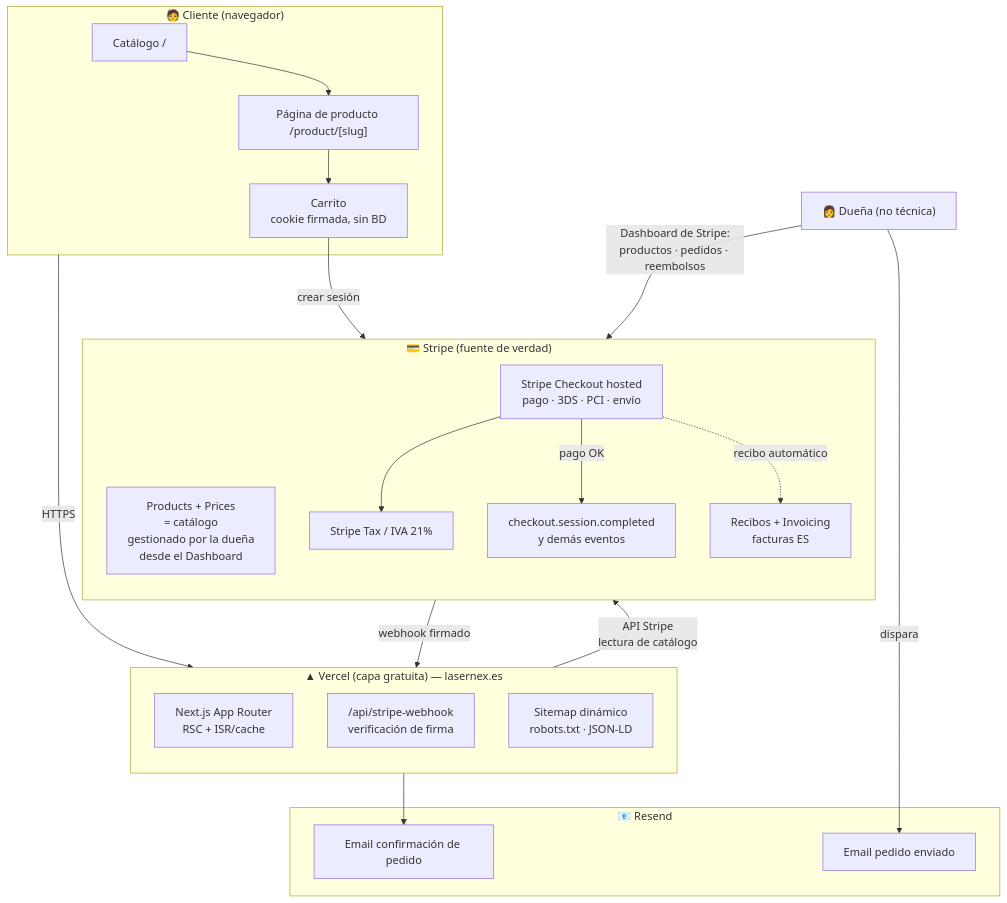
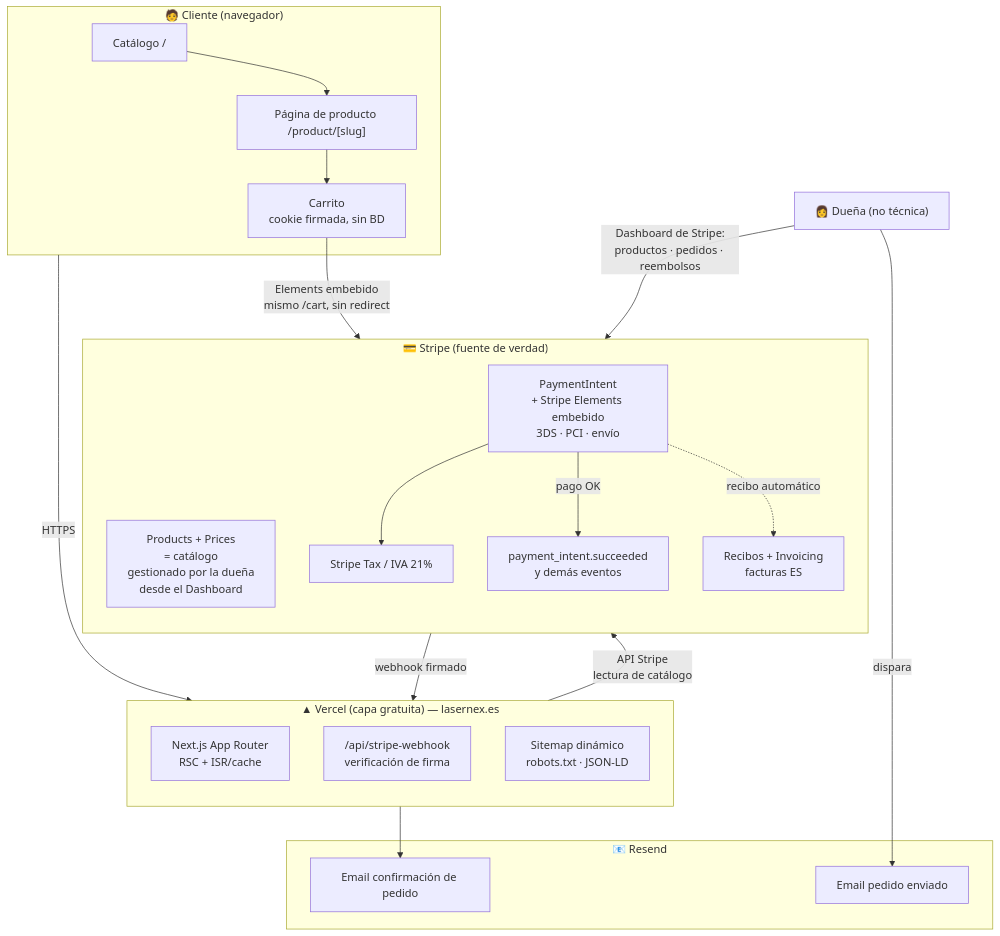
The diagram in ARCHITECTURE.md (d-Alvhor/lasernex), drawn with Mermaid before and after one commit. The commit also changed other lines of this file and 5 other files, not shown here.

````diff
--- a/ARCHITECTURE.md
+++ b/ARCHITECTURE.md
@@ -11,40 +11,40 @@
 ```mermaid
 flowchart TB
     subgraph Cliente["🧑 Cliente (navegador)"]
         A[Catálogo /] --> B["Página de producto /product/[slug]"]
         B --> C[Carrito<br/>cookie firmada, sin BD]
     end
 
     subgraph Vercel["▲ Vercel (capa gratuita) — lasernex.es"]
         direction TB
         N[Next.js App Router<br/>RSC + ISR/cache]
         W["/api/stripe-webhook<br/>verificación de firma"]
         S[Sitemap dinámico<br/>robots.txt · JSON-LD]
     end
 
     subgraph Stripe["💳 Stripe (fuente de verdad)"]
         direction TB
         P[Products + Prices<br/>= catálogo<br/>gestionado por la dueña<br/>desde el Dashboard]
-        CK[Stripe Checkout hosted<br/>pago · 3DS · PCI · envío]
+        CK[PaymentIntent<br/>+ Stripe Elements embebido<br/>3DS · PCI · envío]
         T[Stripe Tax / IVA 21%]
         I[Recibos + Invoicing<br/>facturas ES]
-        E[checkout.session.completed<br/>y demás eventos]
+        E[payment_intent.succeeded<br/>y demás eventos]
     end
 
     subgraph Resend["📧 Resend"]
         R1[Email confirmación de pedido]
         R2[Email pedido enviado]
     end
 
     Cliente -->|HTTPS| Vercel
     N -->|API Stripe<br/>lectura de catálogo| P
-    C -->|crear sesión| CK
+    C -->|Elements embebido<br/>mismo /cart, sin redirect| CK
     CK --> T
     CK -->|pago OK| E
     E -->|webhook firmado| W
     W --> R1
     CK -.->|recibo automático| I
 
     Dueña["👩 Dueña (no técnica)"] -->|Dashboard de Stripe:<br/>productos · pedidos · reembolsos| Stripe
     Dueña -->|dispara| R2
 ```
````
